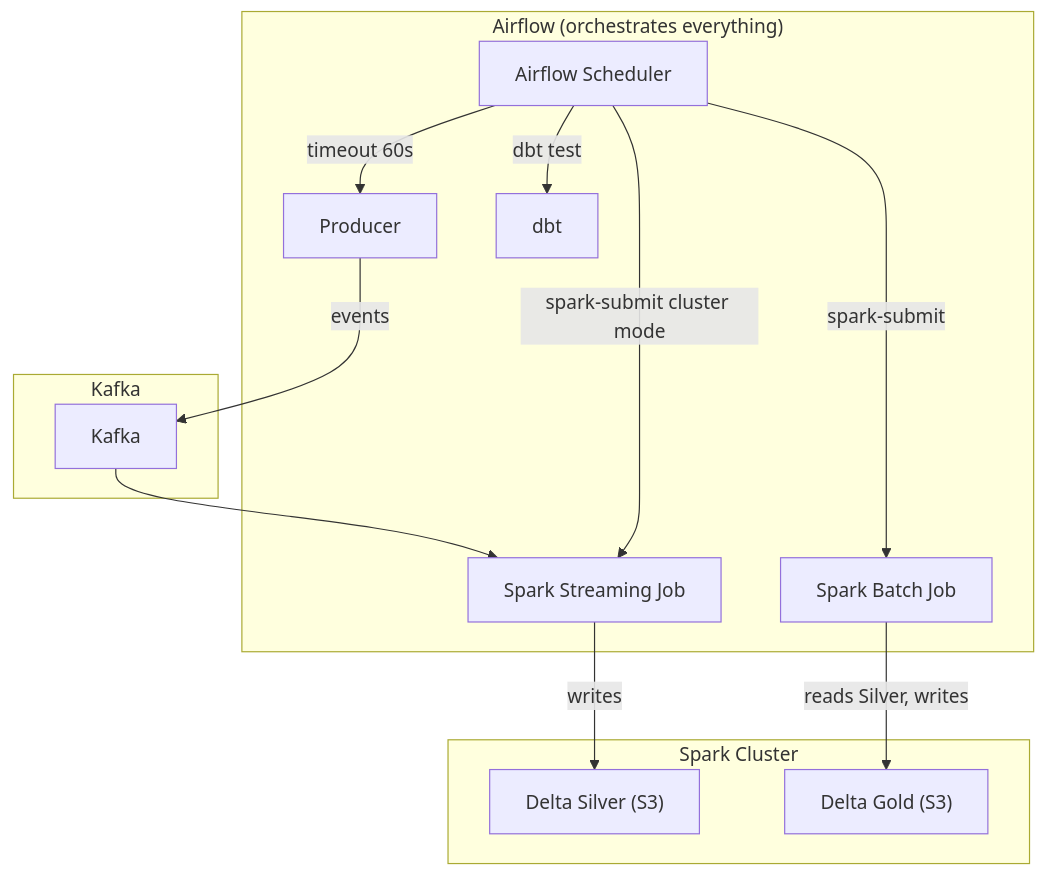
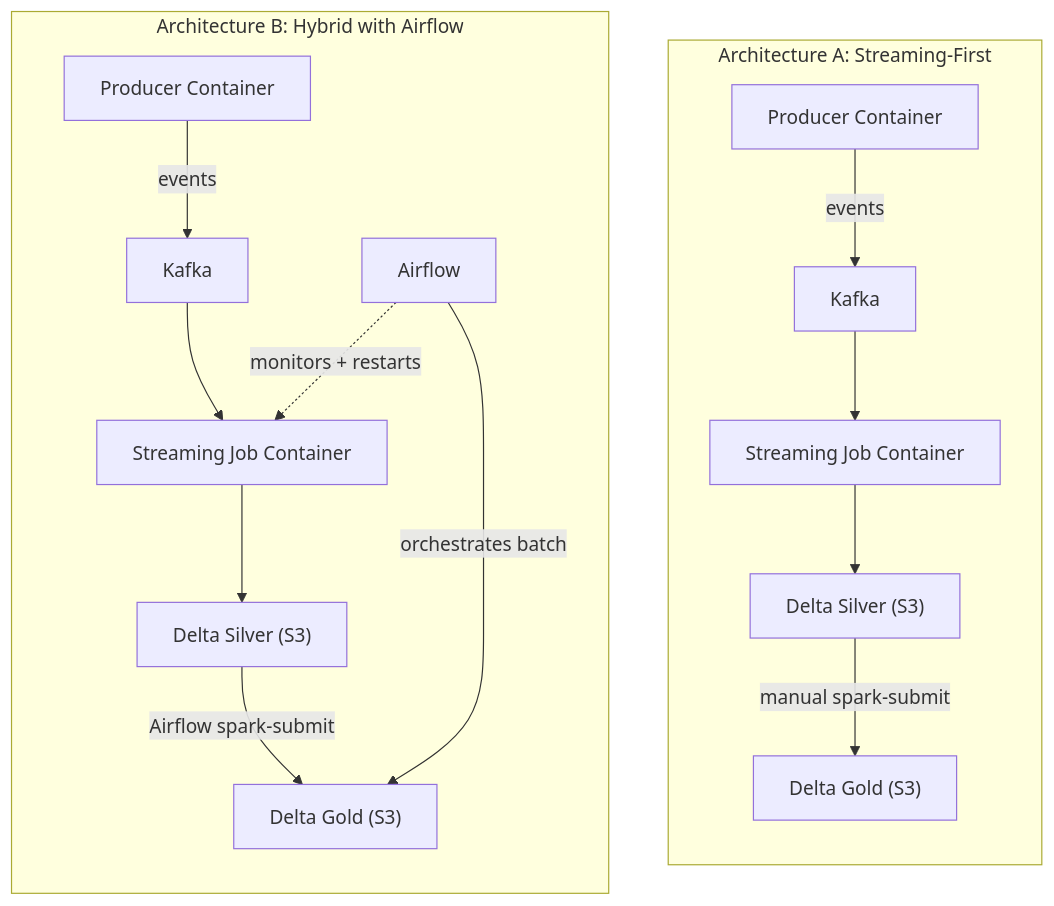
One commit to rafaelspecta/user-behavior-analytics changed the first of 3 diagrams in docs/architecture-guide.md. Above: the diagram before and after it, drawn with Mermaid. The commit also changed other lines of this file and 3 other files, not shown here.

First line of the commit message:
docs: update architecture guide, roadmap, infrastructure, and troubleshooting for hybrid architecture

````diff
--- a/docs/architecture-guide.md
+++ b/docs/architecture-guide.md
@@ -84,20 +32,21 @@
 ```mermaid
-graph TD
-    subgraph "Airflow (orchestrates everything)"
-        AF[Airflow Scheduler]
-        AF -->|spark-submit cluster mode| SS[Spark Streaming Job]
-        AF -->|spark-submit| BJ[Spark Batch Job]
-        AF -->|timeout 60s| PR[Producer]
-        AF -->|dbt test| DBT[dbt]
+graph TB
+    subgraph archA ["Architecture A: Streaming-First"]
+        direction TB
+        PA[Producer Container] -->|events| KA[Kafka]
+        KA --> SSA[Streaming Job Container]
+        SSA --> SA["Delta Silver (S3)"]
+        SA -->|"manual spark-submit"| GA["Delta Gold (S3)"]
     end
 
-    subgraph "Spark Cluster"
-        SS -->|writes| S["Delta Silver (S3)"]
-        BJ -->|reads Silver, writes| G["Delta Gold (S3)"]
-    end
-
-    subgraph "Kafka"
-        PR -->|events| K[Kafka]
-        K --> SS
+    subgraph archB ["Architecture B: Hybrid with Airflow"]
+        direction TB
+        PB[Producer Container] -->|events| KB[Kafka]
+        KB --> SSB[Streaming Job Container]
+        SSB --> SB["Delta Silver (S3)"]
+        SB -->|"Airflow spark-submit"| GB["Delta Gold (S3)"]
+        AFB[Airflow]
+        AFB -.->|"monitors + restarts"| SSB
+        AFB -->|"orchestrates batch"| GB
     end
 ```
````
